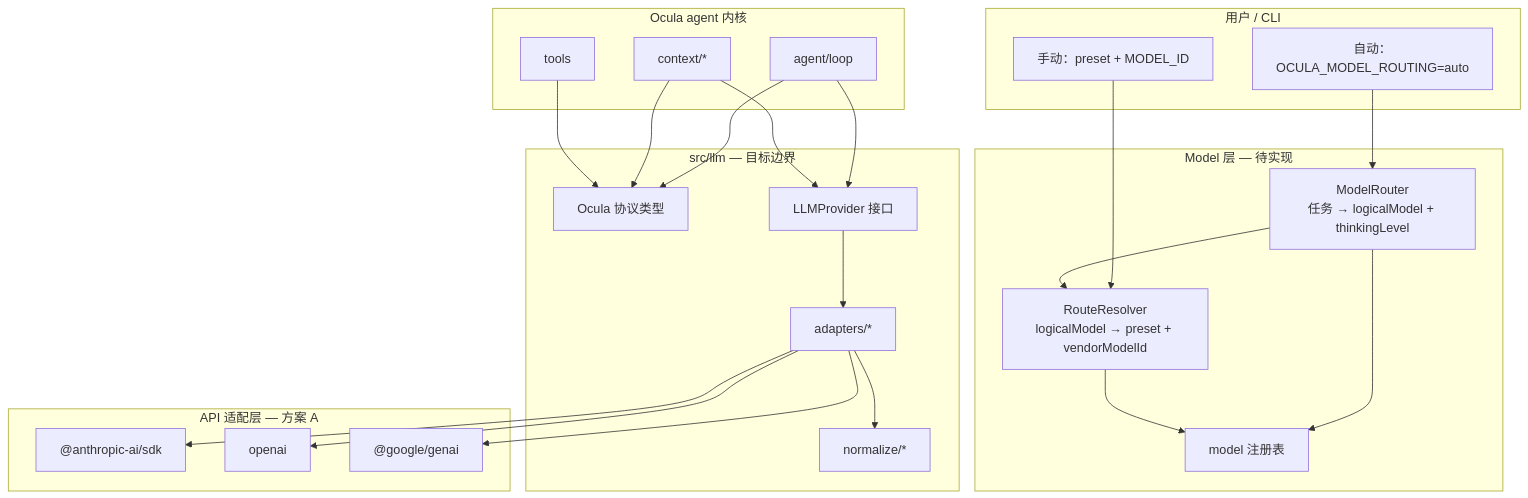
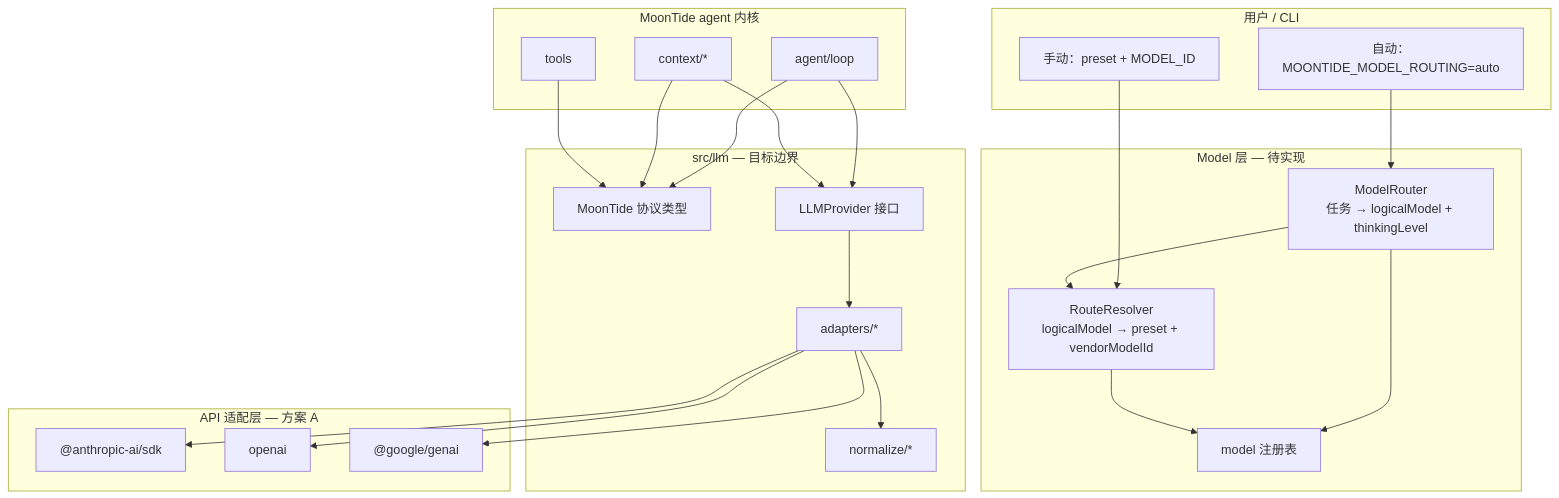
Before and after one commit to chendpoc/moontide: the diagram in docs/spec/llm-provider.md, drawn with Mermaid. The commit also changed other lines of this file and 35 other files, not shown here.

First line of the commit message:
refactor: rename project branding from Ocula to MoonTide

````diff
--- a/docs/spec/llm-provider.md
+++ b/docs/spec/llm-provider.md
@@ -107,47 +107,47 @@
 ```mermaid
 flowchart TB
   subgraph user [用户 / CLI]
     Manual["手动：preset + MODEL_ID"]
-    Auto["自动：OCULA_MODEL_ROUTING=auto"]
+    Auto["自动：MOONTIDE_MODEL_ROUTING=auto"]
   end
 
-  subgraph core [Ocula agent 内核]
+  subgraph core [MoonTide agent 内核]
     Loop["agent/loop"]
     Context["context/*"]
     Tools["tools"]
   end
 
   subgraph routing [Model 层 — 待实现]
     Router["ModelRouter<br/>任务 → logicalModel + thinkingLevel"]
     Resolver["RouteResolver<br/>logicalModel → preset + vendorModelId"]
     ModelRegistry["model 注册表"]
   end
 
   subgraph llm [src/llm — 目标边界]
-    Types["Ocula 协议类型"]
+    Types["MoonTide 协议类型"]
     Normalize["normalize/*"]
     Prov["LLMProvider 接口"]
     Adapters["adapters/*"]
   end
 
   subgraph adapterLayer [API 适配层 — 方案 A]
     AnthropicSDK["@anthropic-ai/sdk"]
     OpenAISDK["openai"]
     GeminiSDK["@google/genai"]
   end
 
   Manual --> Resolver
   Auto --> Router --> Resolver
   Router --> ModelRegistry
   Resolver --> ModelRegistry
   Loop --> Types
   Context --> Types
   Tools --> Types
   Loop --> Prov
   Context --> Prov
   Prov --> Adapters
   Adapters --> Normalize
   Adapters --> AnthropicSDK
   Adapters --> OpenAISDK
   Adapters --> GeminiSDK
 ```
````
